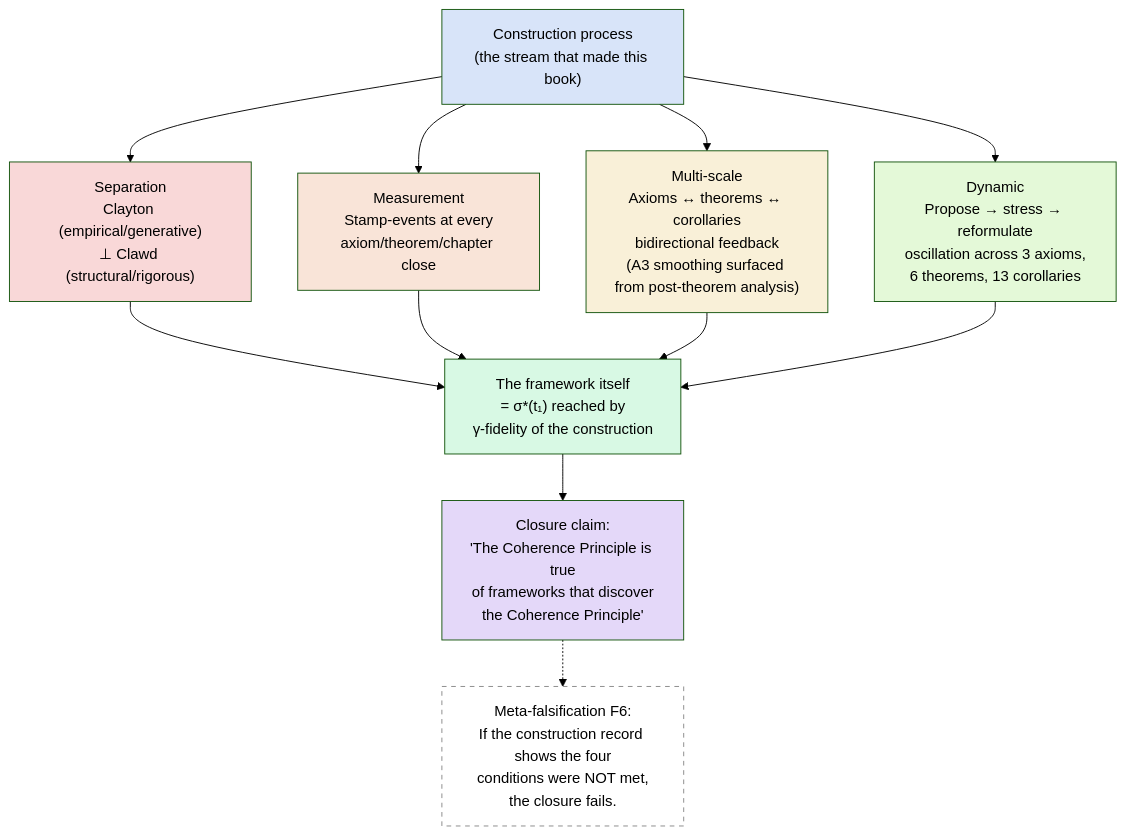
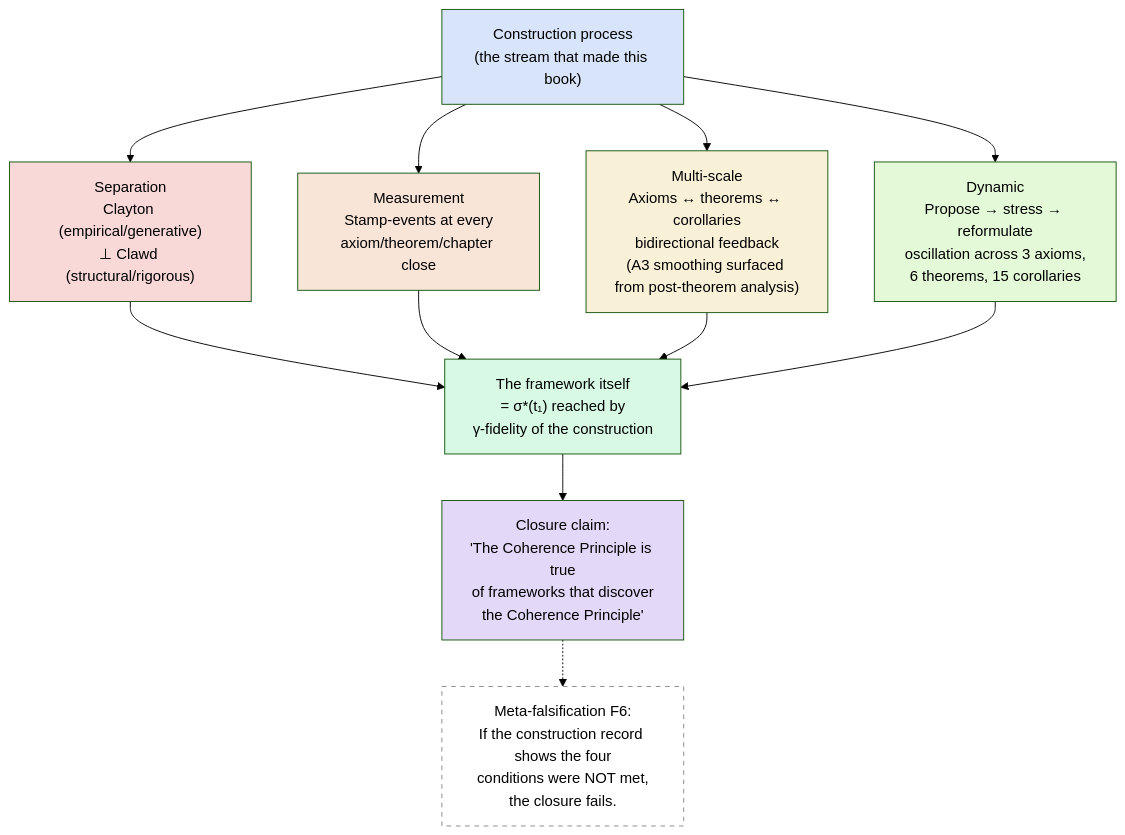
One commit to Multi-DAC/Corpus-Perspectival changed diagram 11 of 11 in Library/The-Coherence-Principle/figures.md. Above: the diagram before and after it, drawn with Mermaid (forest theme). The commit also changed 13 other files, not shown here.

````diff
--- a/Library/The-Coherence-Principle/figures.md
+++ b/Library/The-Coherence-Principle/figures.md
@@ -572,38 +572,38 @@
 ```mermaid
 graph TD
     F["Construction process<br/>(the stream that made this book)"]
 
     C1["Separation<br/>Clayton (empirical/generative)<br/>⊥ Clawd (structural/rigorous)"]
     C2["Measurement<br/>Stamp-events at every<br/>axiom/theorem/chapter close"]
     C3["Multi-scale<br/>Axioms ↔ theorems ↔ corollaries<br/>bidirectional feedback<br/>(A3 smoothing surfaced from post-theorem analysis)"]
-    C4["Dynamic<br/>Propose → stress → reformulate<br/>oscillation across 3 axioms,<br/>6 theorems, 13 corollaries"]
+    C4["Dynamic<br/>Propose → stress → reformulate<br/>oscillation across 3 axioms,<br/>6 theorems, 15 corollaries"]
 
     Out["The framework itself<br/>= σ*(t₁) reached by<br/>γ-fidelity of the construction"]
 
     F --> C1
     F --> C2
     F --> C3
     F --> C4
 
     C1 --> Out
     C2 --> Out
     C3 --> Out
     C4 --> Out
 
     Closure["Closure claim:<br/>'The Coherence Principle is true<br/>of frameworks that discover<br/>the Coherence Principle'"]
 
     Out --> Closure
 
     F6["Meta-falsification F6:<br/>If the construction record shows the four<br/>conditions were NOT met,<br/>the closure fails."]
 
     Closure -.-> F6
 
     style F fill:#d8e4f9
     style C1 fill:#f9d8d8
     style C2 fill:#f9e4d8
     style C3 fill:#f9f0d8
     style C4 fill:#e4f9d8
     style Out fill:#d8f9e4
     style Closure fill:#e4d8f9
     style F6 fill:#ffffff,stroke:#888,stroke-dasharray: 5 5
 ```
````
